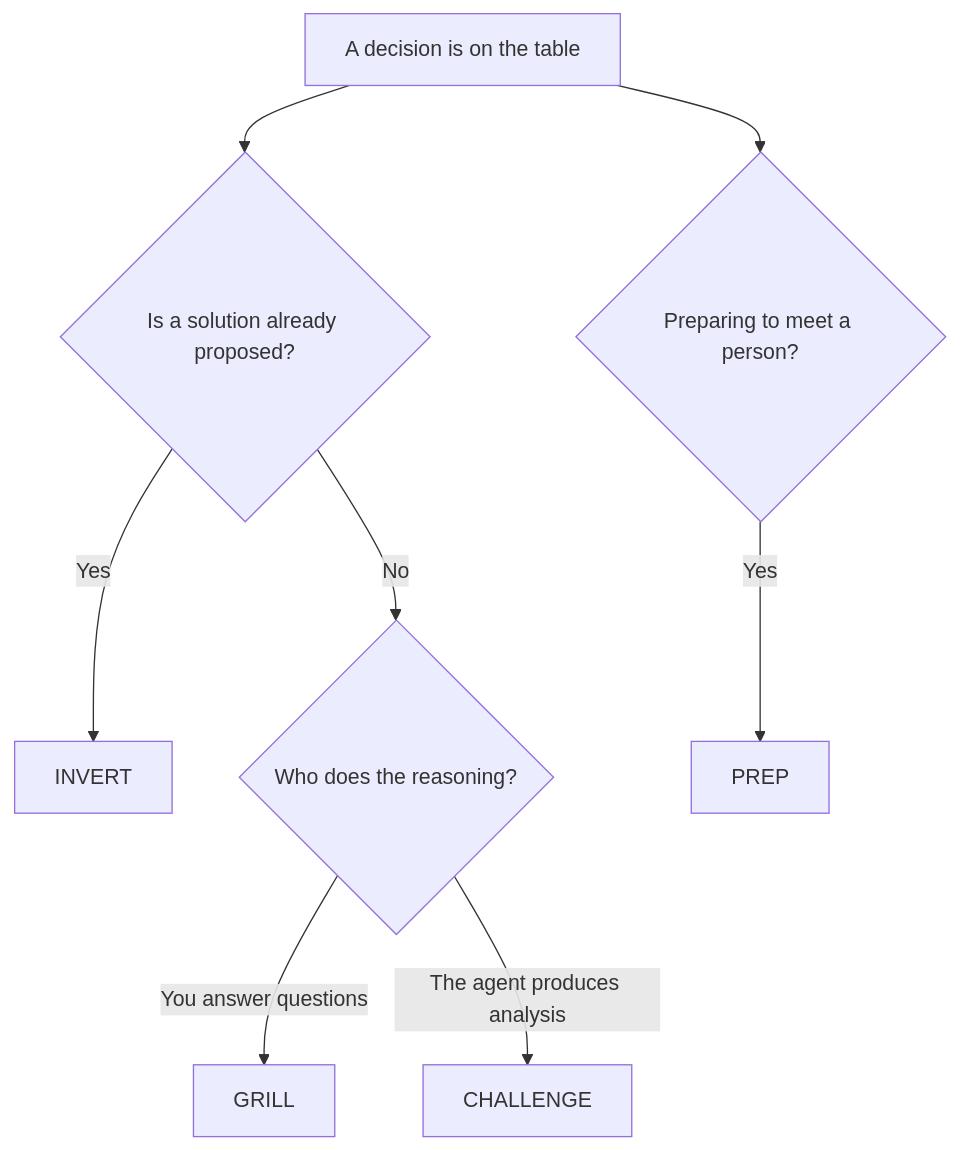
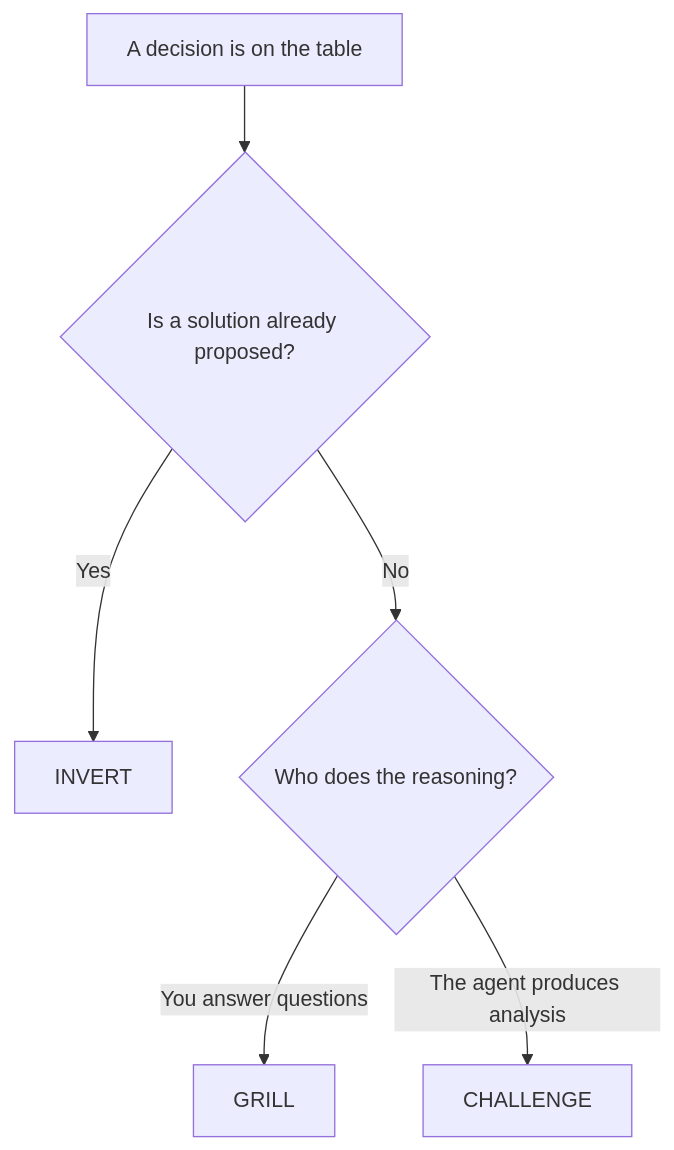
One commit to Anmoll-W/blog changed the diagram in skills/decision-support/README.md. Above: the diagram before and after it, drawn with Mermaid. The commit also changed other lines of this file and 2 other files, not shown here.

First line of the commit message:
skills/decision-support: retire PREP mode

````diff
--- a/skills/decision-support/README.md
+++ b/skills/decision-support/README.md
@@ -26,10 +25,8 @@
 ```mermaid
 flowchart TD
     A[A decision is on the table] --> B{Is a solution already proposed?}
     B -->|Yes| C[INVERT]
     B -->|No| D{Who does the reasoning?}
     D -->|You answer questions| E[GRILL]
     D -->|The agent produces analysis| F[CHALLENGE]
-    A --> G{Preparing to meet a person?}
-    G -->|Yes| H[PREP]
 ```
````
